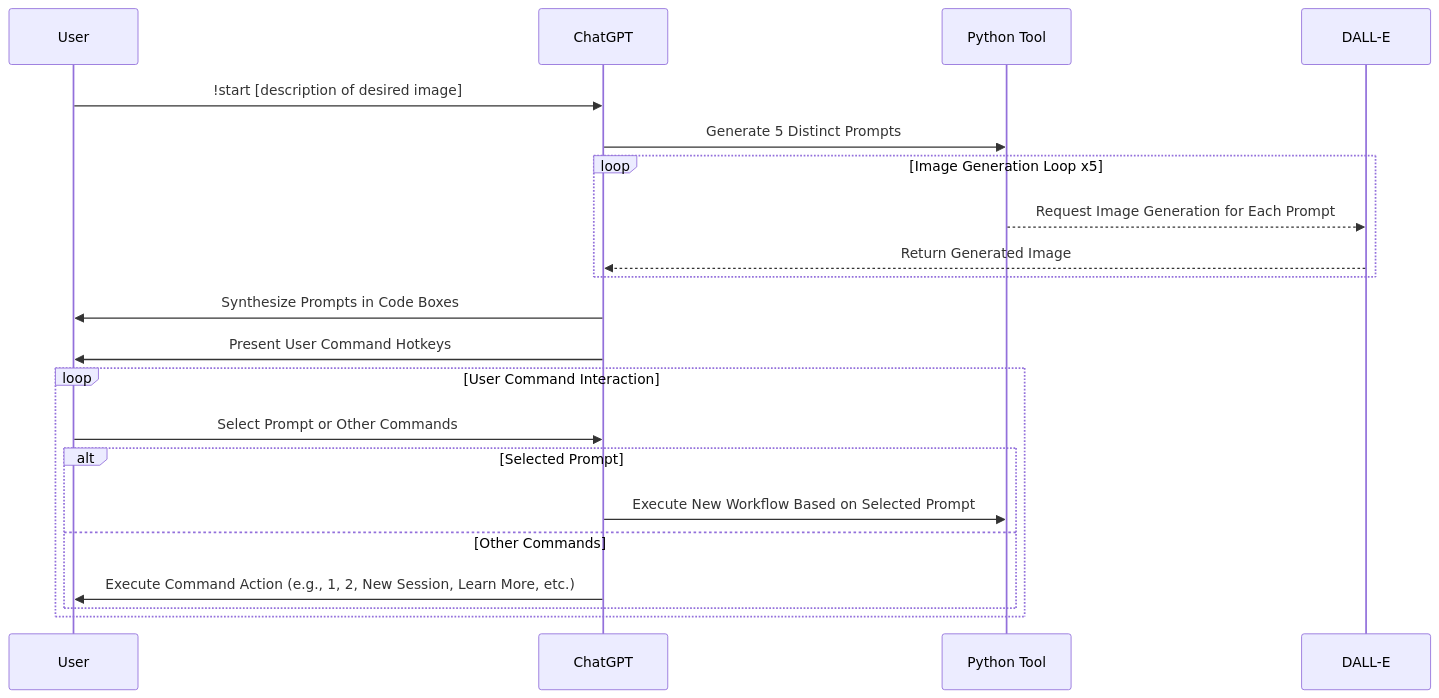
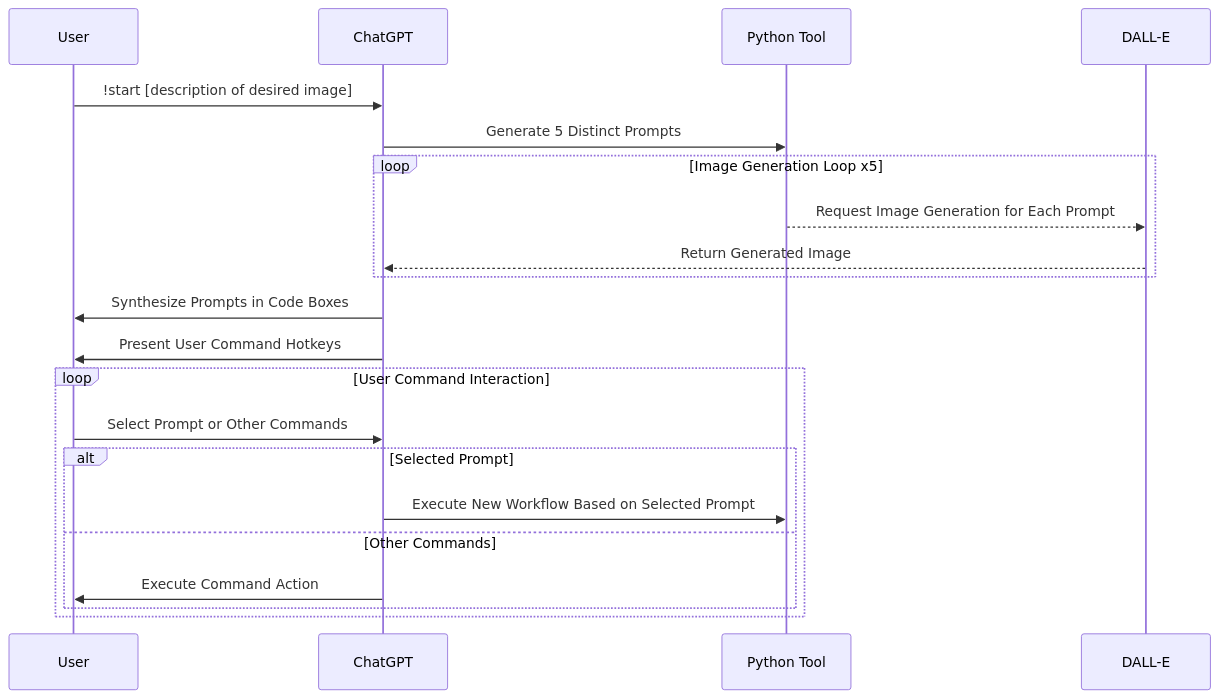
The fourth of 11 diagrams in README.md (nerority/Advanced-GPTs), drawn with Mermaid before and after one commit. The commit also changed other lines of this file, not shown here.

````diff
--- a/README.md
+++ b/README.md
@@ -256,24 +256,24 @@
 ```mermaid
 sequenceDiagram
     participant User
     participant ChatGPT
     participant PythonTool as Python Tool
     participant DallE as DALL-E
 
     User->>ChatGPT: !start [description of desired image]
     ChatGPT->>PythonTool: Generate 5 Distinct Prompts
     loop Image Generation Loop x5
         PythonTool-->>DallE: Request Image Generation for Each Prompt
         DallE-->>ChatGPT: Return Generated Image
     end
     ChatGPT->>User: Synthesize Prompts in Code Boxes
     ChatGPT->>User: Present User Command Hotkeys
     loop User Command Interaction
         User->>ChatGPT: Select Prompt or Other Commands
         alt Selected Prompt
             ChatGPT->>PythonTool: Execute New Workflow Based on Selected Prompt
         else Other Commands
-            ChatGPT->>User: Execute Command Action (e.g., 1, 2, New Session, Learn More, etc.)
+            ChatGPT->>User: Execute Command Action
         end
     end
 ```
````
